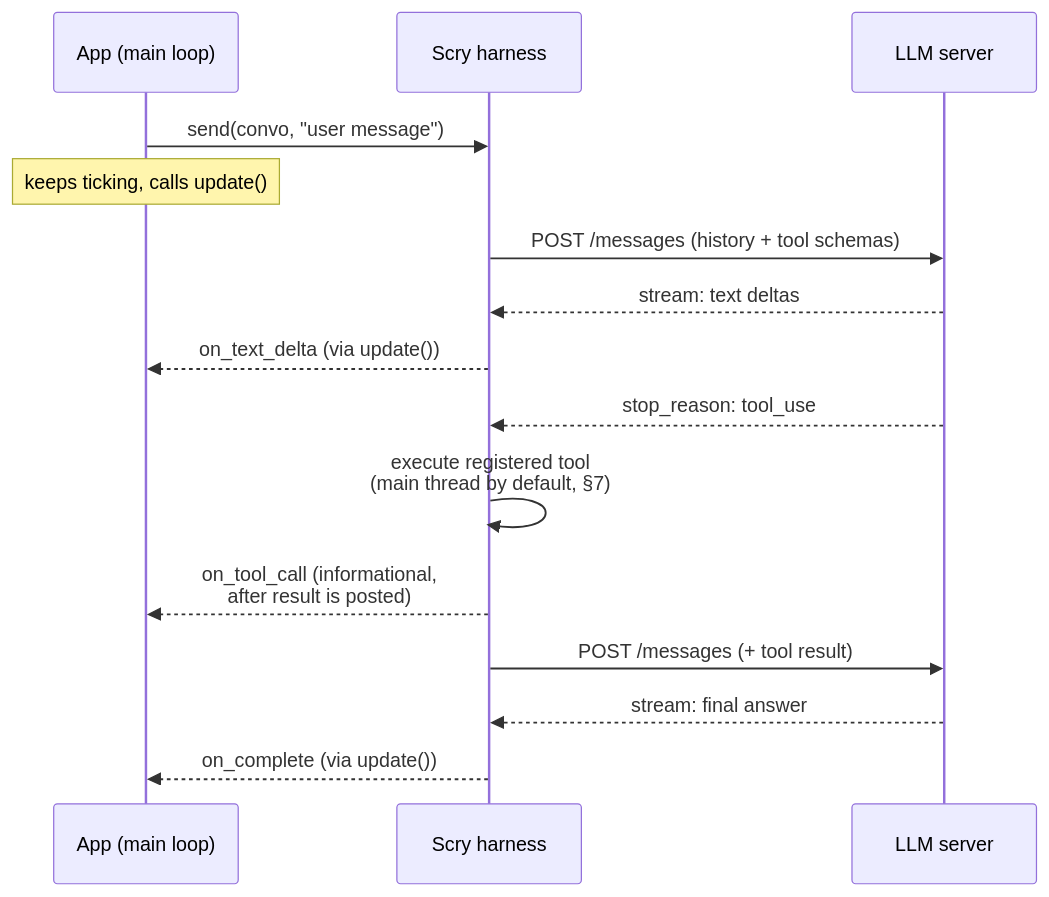
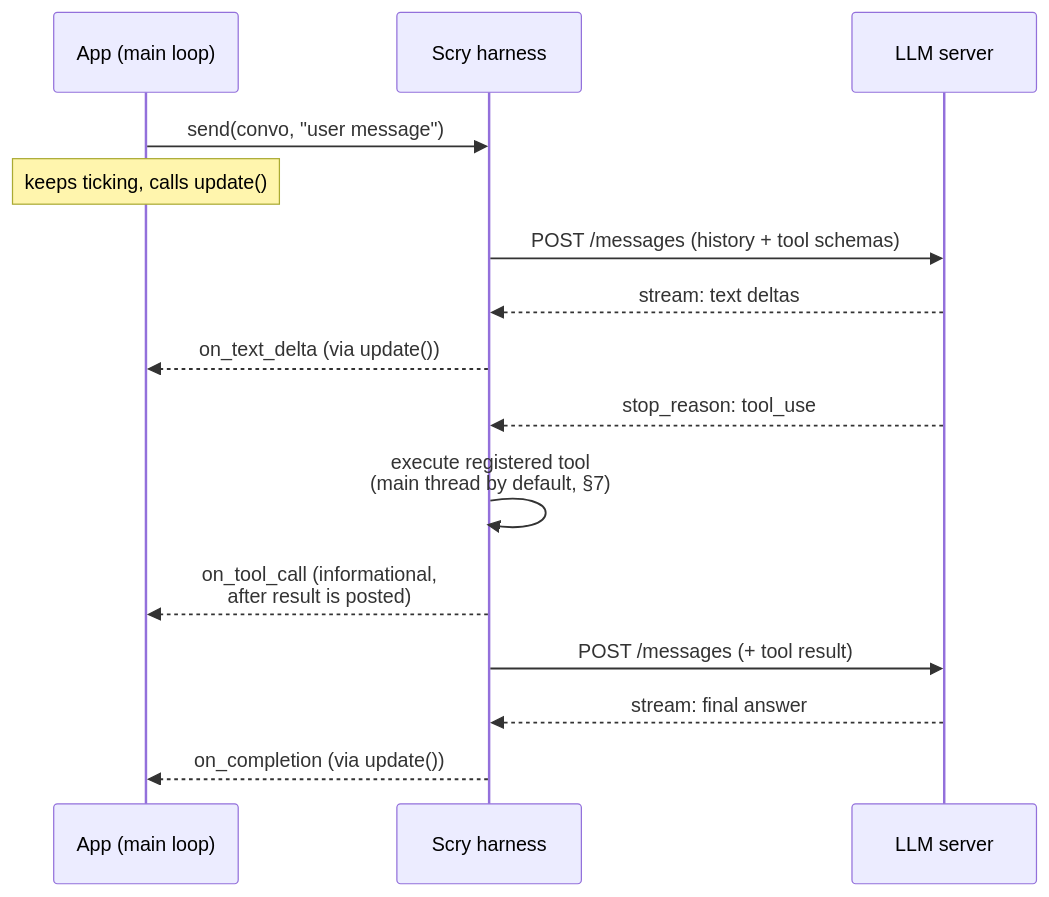
Before and after one commit to crybo-rybo/scry: the second of 3 diagrams in DESIGN.md, drawn with Mermaid. The commit also changed other lines of this file and 24 other files, not shown here.

````diff
--- a/DESIGN.md
+++ b/DESIGN.md
@@ -163,18 +163,18 @@
 ```mermaid
 sequenceDiagram
     participant App as App (main loop)
     participant H as Scry harness
     participant LLM as LLM server
 
     App->>H: send(convo, "user message")
     Note over App: keeps ticking, calls update()
     H->>LLM: POST /messages (history + tool schemas)
     LLM-->>H: stream: text deltas
     H-->>App: on_text_delta (via update())
     LLM-->>H: stop_reason: tool_use
     H->>H: execute registered tool<br/>(main thread by default, §7)
     H-->>App: on_tool_call (informational,<br/>after result is posted)
     H->>LLM: POST /messages (+ tool result)
     LLM-->>H: stream: final answer
-    H-->>App: on_complete (via update())
+    H-->>App: on_completion (via update())
 ```
````
